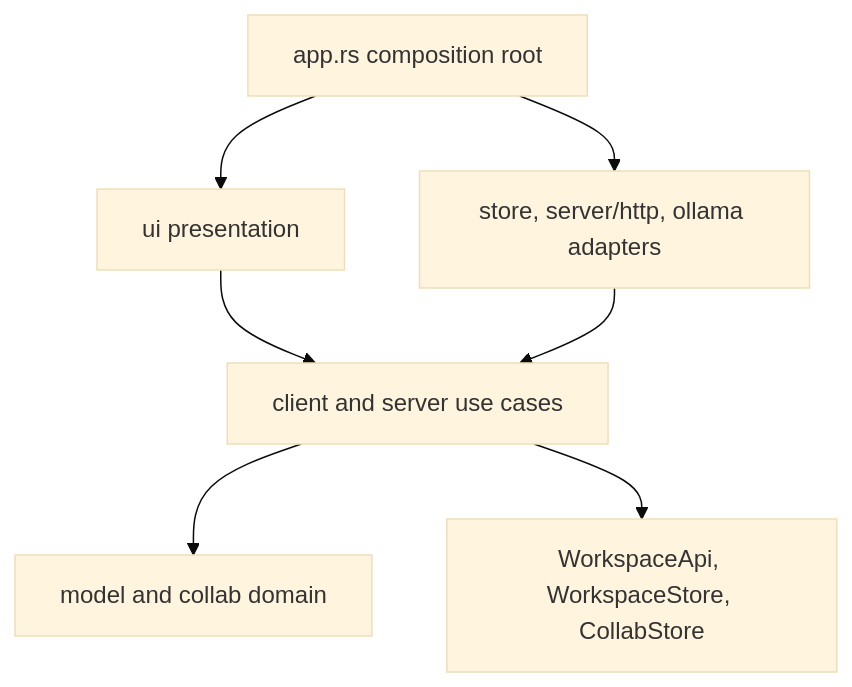
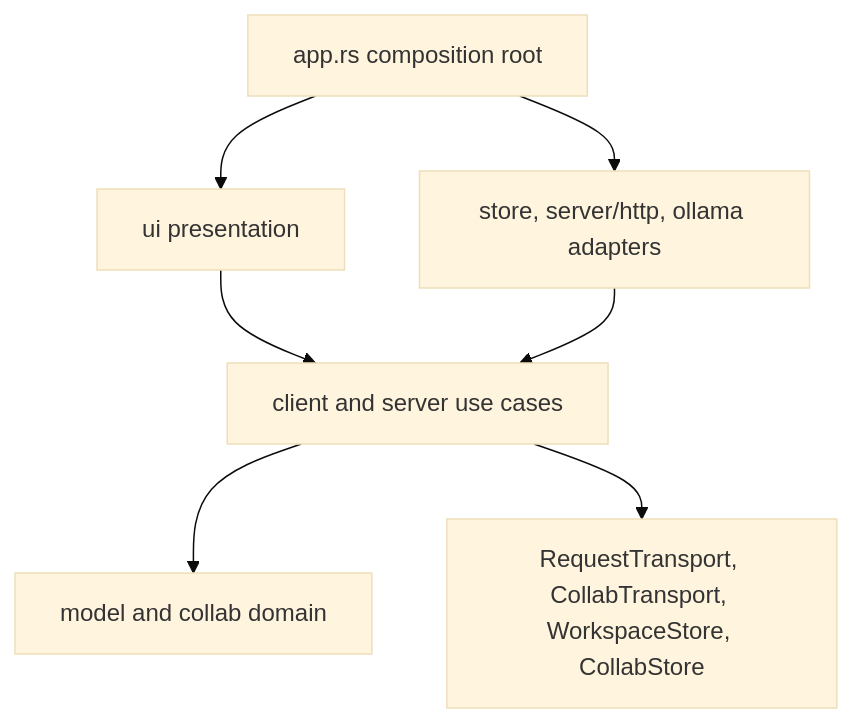
Before and after one commit to lunagcezar/ion-of-notes: the second of 8 diagrams in docs/architecture.md, drawn with Mermaid (base theme). The commit also changed other lines of this file and 30 other files, not shown here.

````diff
--- a/docs/architecture.md
+++ b/docs/architecture.md
@@ -34,9 +34,9 @@
 ```mermaid
 flowchart TD
     Bootstrap[app.rs composition root] --> Presentation[ui presentation]
     Bootstrap --> Infrastructure[store, server/http, ollama adapters]
     Presentation --> Application[client and server use cases]
     Application --> Domain[model and collab domain]
     Infrastructure --> Application
-    Application --> Ports[WorkspaceApi, WorkspaceStore, CollabStore]
+    Application --> Ports[RequestTransport, CollabTransport, WorkspaceStore, CollabStore]
 ```
````
